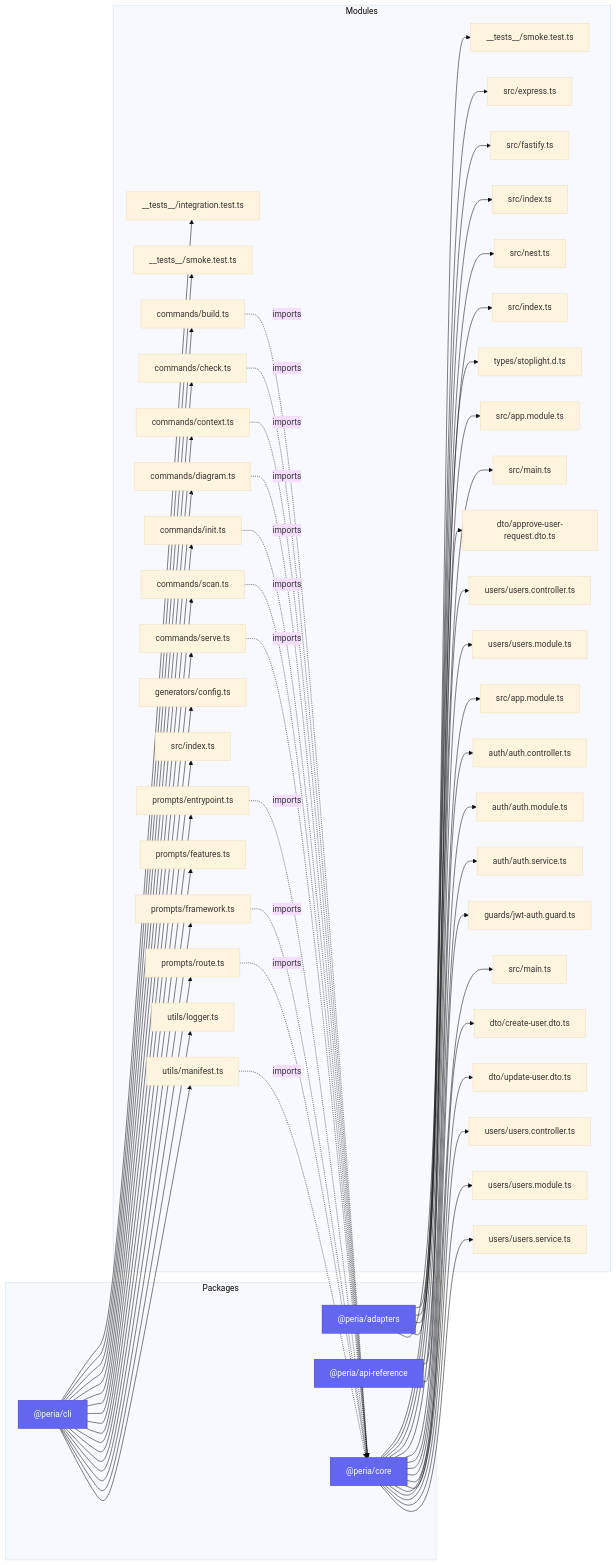
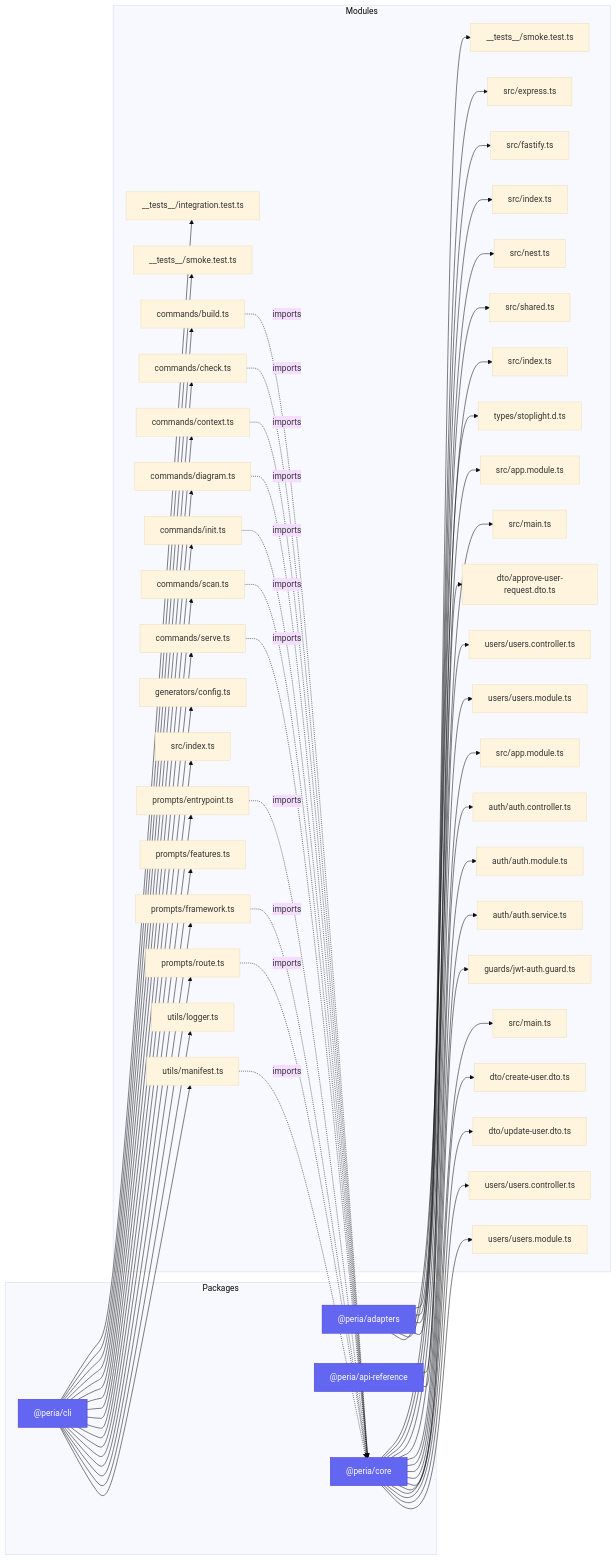
The sixth of 6 diagrams in docs/content/docs/diagrams.mdx (gabrigabs/peria), drawn with Mermaid (base theme) before and after one commit. The commit also changed other lines of this file and 30 other files, not shown here.

```diff
--- a/docs/content/docs/diagrams.mdx
+++ b/docs/content/docs/diagrams.mdx
@@ -201,6 +201,8 @@
         pkg__peria_adapters --> mod_packages_adapters_src_index_ts
         mod_packages_adapters_src_nest_ts["src/nest.ts"]
         pkg__peria_adapters --> mod_packages_adapters_src_nest_ts
+        mod_packages_adapters_src_shared_ts["src/shared.ts"]
+        pkg__peria_adapters --> mod_packages_adapters_src_shared_ts
         mod_packages_api_reference_src_index_ts["src/index.ts"]
         pkg__peria_api_reference --> mod_packages_api_reference_src_index_ts
         mod_packages_api_reference_src_types_stoplight_d_ts["types/stoplight.d.ts"]
@@ -269,8 +271,6 @@
         pkg__peria_core --> mod_packages_core_fixtures_nestjs_basic_src_users_users_controller_ts
         mod_packages_core_fixtures_nestjs_basic_src_users_users_module_ts["users/users.module.ts"]
         pkg__peria_core --> mod_packages_core_fixtures_nestjs_basic_src_users_users_module_ts
-        mod_packages_core_fixtures_nestjs_basic_src_users_users_service_ts["users/users.service.ts"]
-        pkg__peria_core --> mod_packages_core_fixtures_nestjs_basic_src_users_users_service_ts
     end
     mod_packages_cli_src_commands_build_ts -. imports .-> pkg__peria_core
     mod_packages_cli_src_commands_check_ts -. imports .-> pkg__peria_core
```
